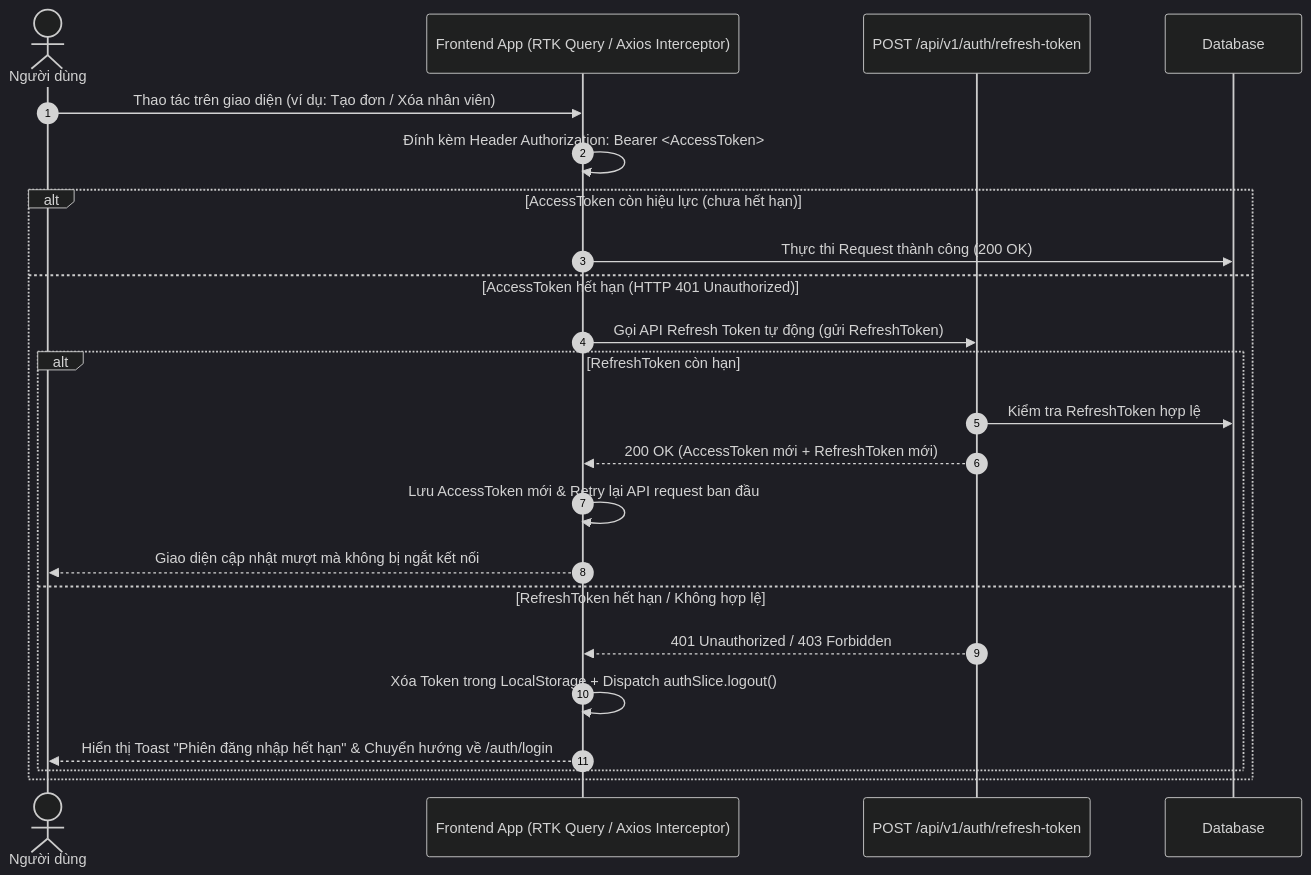
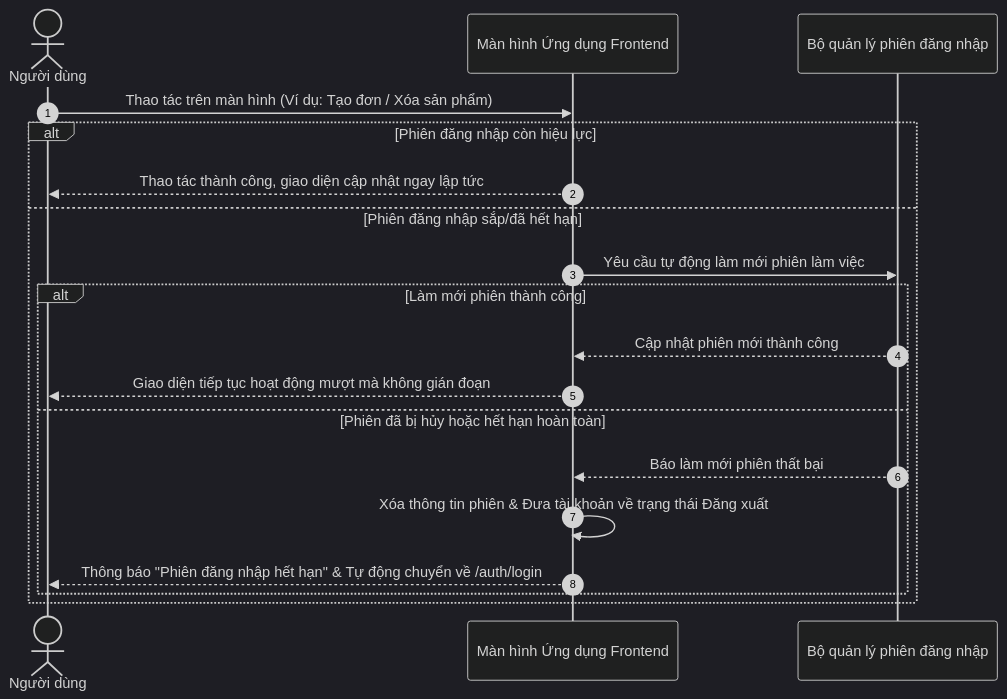
The fourth of 34 diagrams in architecture/full_screen_activity_flows.md (lean1835/BanHangViet), drawn with Mermaid (dark theme) before and after one commit. The commit also changed other lines of this file, not shown here.

Commit message:
refactor(docs): update full_screen_activity_flows to pure UI/UX screen activity flows

````diff
--- a/architecture/full_screen_activity_flows.md
+++ b/architecture/full_screen_activity_flows.md
@@ -144,26 +138,22 @@
 ```mermaid
 sequenceDiagram
     autonumber
     actor User as Người dùng
-    participant UI as Frontend App (RTK Query / Axios Interceptor)
-    participant AuthAPI as POST /api/v1/auth/refresh-token
-    participant DB as Database
+    participant UI as Màn hình Ứng dụng Frontend
+    participant Session as Bộ quản lý phiên đăng nhập
 
-    User->>UI: Thao tác trên giao diện (ví dụ: Tạo đơn / Xóa nhân viên)
-    UI->>UI: Đính kèm Header Authorization: Bearer <AccessToken>
-    alt AccessToken còn hiệu lực (chưa hết hạn)
-        UI->>DB: Thực thi Request thành công (200 OK)
-    else AccessToken hết hạn (HTTP 401 Unauthorized)
-        UI->>AuthAPI: Gọi API Refresh Token tự động (gửi RefreshToken)
-        alt RefreshToken còn hạn
-            AuthAPI->>DB: Kiểm tra RefreshToken hợp lệ
-            AuthAPI-->>UI: 200 OK (AccessToken mới + RefreshToken mới)
-            UI->>UI: Lưu AccessToken mới & Retry lại API request ban đầu
-            UI-->>User: Giao diện cập nhật mượt mà không bị ngắt kết nối
-        else RefreshToken hết hạn / Không hợp lệ
-            AuthAPI-->>UI: 401 Unauthorized / 403 Forbidden
-            UI->>UI: Xóa Token trong LocalStorage + Dispatch authSlice.logout()
-            UI-->>User: Hiển thị Toast "Phiên đăng nhập hết hạn" & Chuyển hướng về /auth/login
+    User->>UI: Thao tác trên màn hình (Ví dụ: Tạo đơn / Xóa sản phẩm)
+    alt Phiên đăng nhập còn hiệu lực
+        UI-->>User: Thao tác thành công, giao diện cập nhật ngay lập tức
+    else Phiên đăng nhập sắp/đã hết hạn
+        UI->>Session: Yêu cầu tự động làm mới phiên làm việc
+        alt Làm mới phiên thành công
+            Session-->>UI: Cập nhật phiên mới thành công
+            UI-->>User: Giao diện tiếp tục hoạt động mượt mà không gián đoạn
+        else Phiên đã bị hủy hoặc hết hạn hoàn toàn
+            Session-->>UI: Báo làm mới phiên thất bại
+            UI->>UI: Xóa thông tin phiên & Đưa tài khoản về trạng thái Đăng xuất
+            UI-->>User: Thông báo "Phiên đăng nhập hết hạn" & Tự động chuyển về /auth/login
         end
     end
 ```
````
